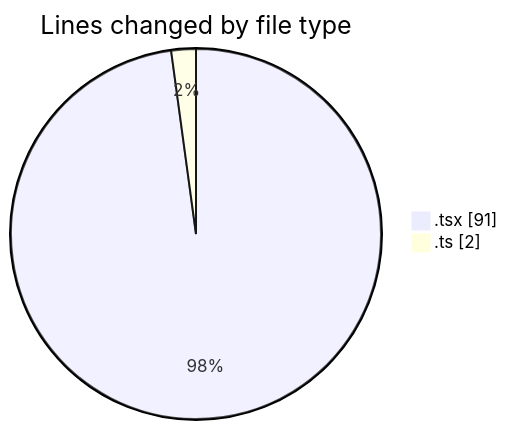
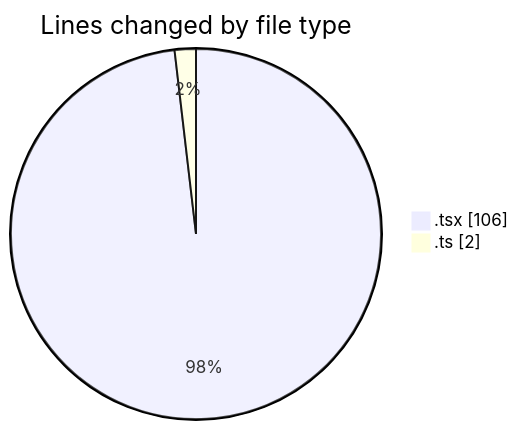
Before and after one commit to nxtqubesakshisongat/code-tracking: the first of 2 diagrams in 2026-05-18/nxtqube_webapp/README.md, drawn with Mermaid. The commit also changed other lines of this file and 1 other file, not shown here.

````diff
--- a/2026-05-18/nxtqube_webapp/README.md
+++ b/2026-05-18/nxtqube_webapp/README.md
@@ -22,6 +22,6 @@
 ```mermaid
 pie showData
 title Lines changed by file type
-".tsx" : 91
+".tsx" : 106
 ".ts" : 2
 ```
````
